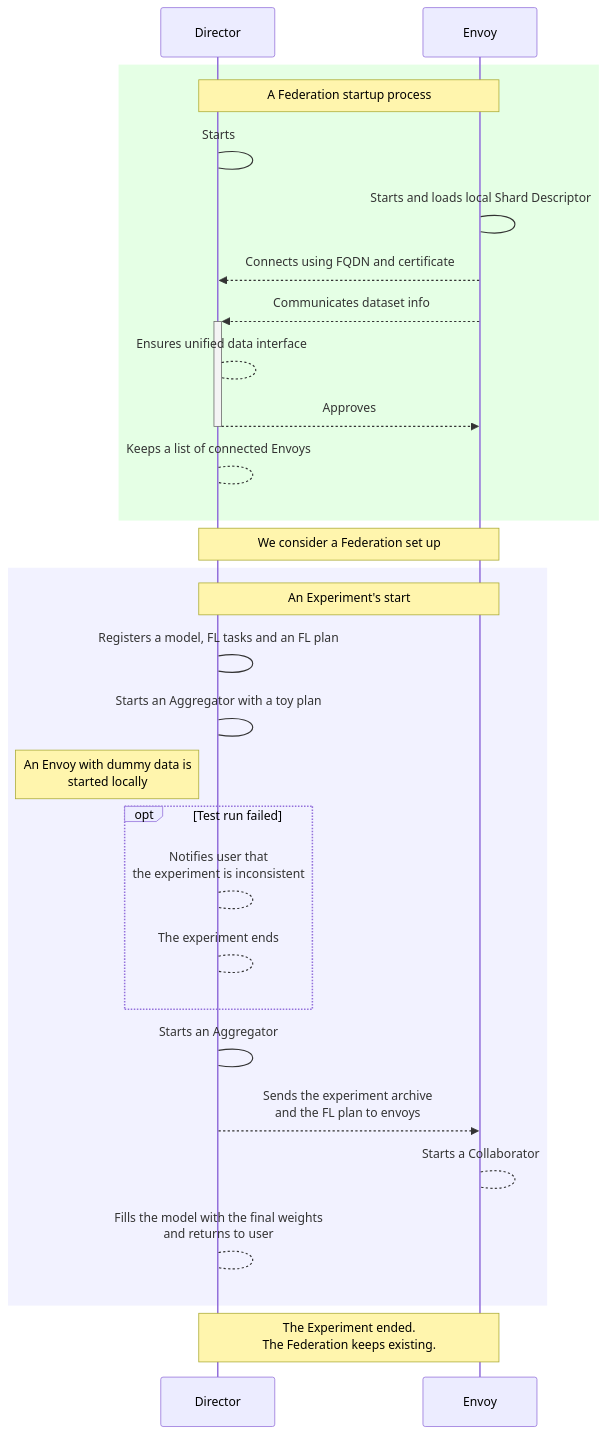
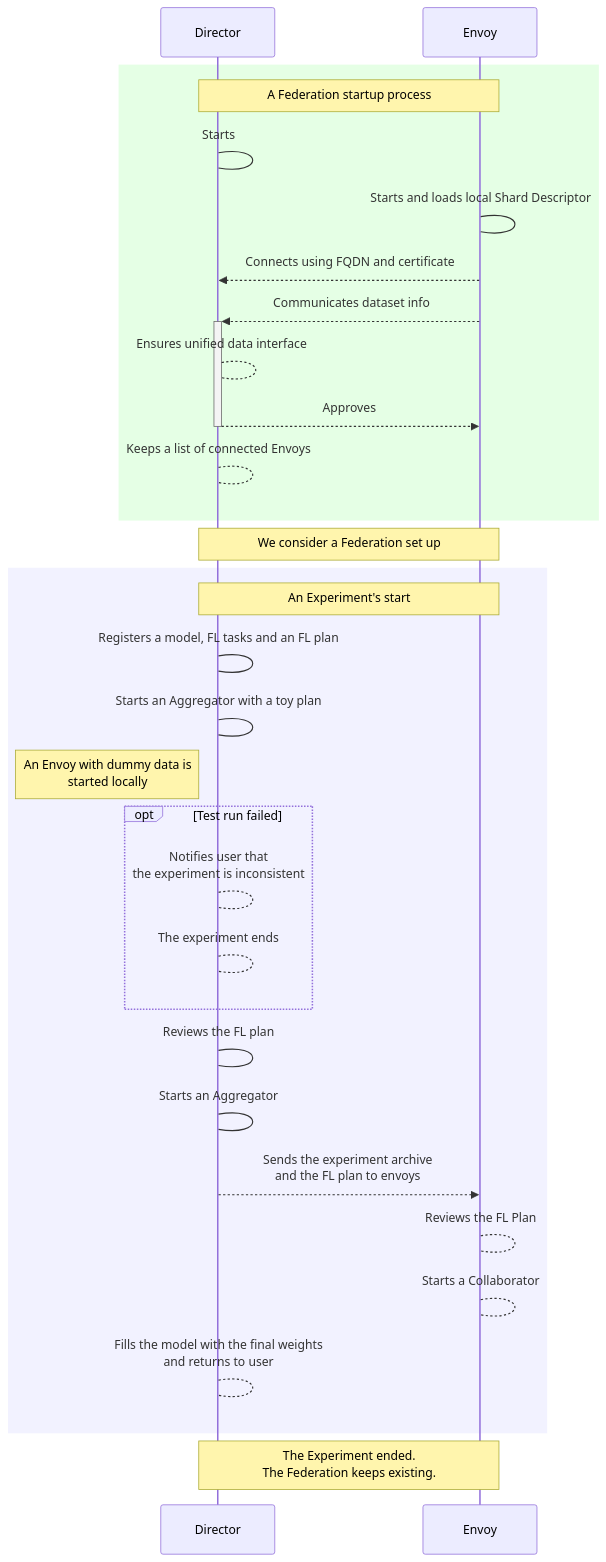
Before and after one commit to securefederatedai/openfl: the diagram in docs/source/openfl/director_envoy.mmd, drawn with Mermaid. The commit also changed 22 other files, not shown here.

```diff
--- a/docs/source/openfl/director_envoy.mmd
+++ b/docs/source/openfl/director_envoy.mmd
@@ -1,30 +1,32 @@
 sequenceDiagram
     participant D as Director
     participant E as Envoy
     rect rgb(0, 255, 0,.1)
         Note over D,E: A Federation startup process
         D->D: Starts
         E->E: Starts and loads local Shard Descriptor
         E-->>D: Connects using FQDN and certificate
         E-->>+D: Communicates dataset info
         D-->D: Ensures unified data interface
         D-->>-E: Approves
         D-->D: Keeps a list of connected Envoys
         
     end
     Note over D,E: We consider a Federation set up
     rect rgb(0, 0, 255,.05)
         Note over D,E: An Experiment's start
         D->D: Registers a model, FL tasks and an FL plan
         D->D:Starts an Aggregator with a toy plan
         Note left of D: An Envoy with dummy data is <br>started locally
         opt Test run failed
             D-->D: Notifies user that <br>the experiment is inconsistent
             D-->D: The experiment ends
         end
+        D->D: Reviews the FL plan
         D->D: Starts an Aggregator
         D-->>E: Sends the experiment archive <br>and the FL plan to envoys
+        E-->E: Reviews the FL Plan
         E-->E: Starts a Collaborator
         D-->D: Fills the model with the final weights <br>and returns to user
     end
     Note over D,E: The Experiment ended. <br> The Federation keeps existing.
```
